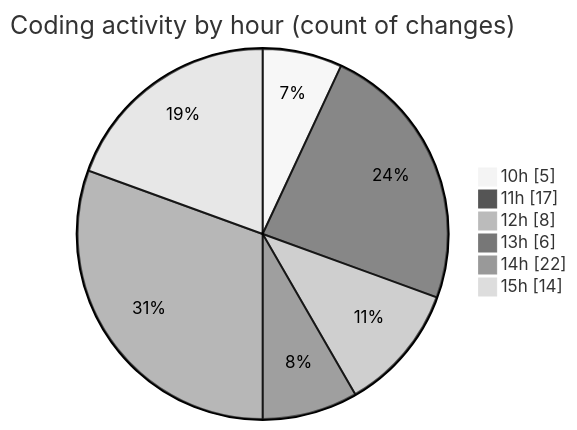
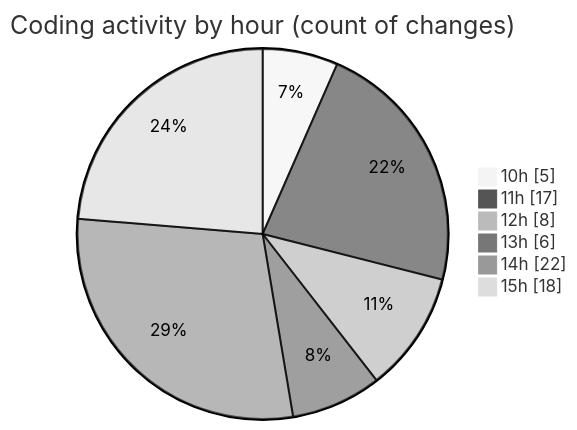
The second of 2 diagrams in 2025-05-05/ecodeli/README.md (CELIANVF/code-tracking), drawn with Mermaid (neutral theme) before and after one commit. The commit also changed other lines of this file and 1 other file, not shown here.

````diff
--- a/2025-05-05/ecodeli/README.md
+++ b/2025-05-05/ecodeli/README.md
@@ -58,10 +60,10 @@
 ```mermaid
 pie showData
 title Coding activity by hour (count of changes)
 "10h" : 5
 "11h" : 17
 "12h" : 8
 "13h" : 6
 "14h" : 22
-"15h" : 14
+"15h" : 18
 ```
````
